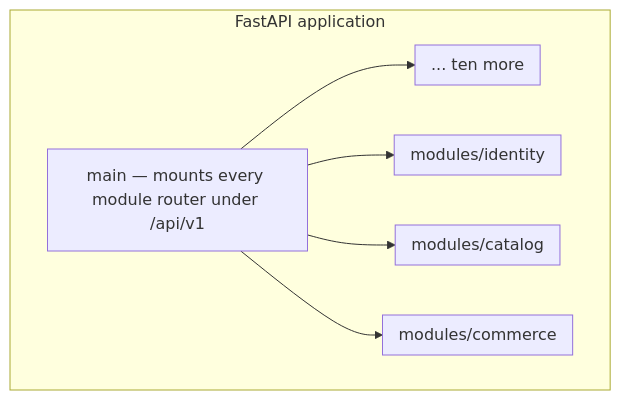
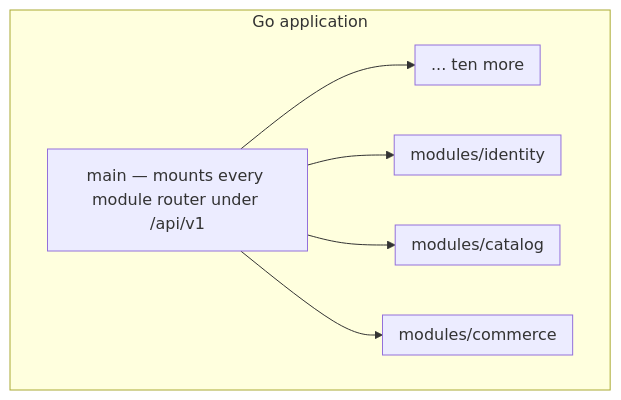
Before and after one commit to codewithduong05/B2B-Platform: the first of 2 diagrams in docs/04-backend-architecture.md, drawn with Mermaid. The commit also changed other lines of this file and 7 other files, not shown here.

Commit message:
feat: update documentation to reflect transition from FastAPI to Go/Chi for backend services

````diff
--- a/docs/04-backend-architecture.md
+++ b/docs/04-backend-architecture.md
@@ -16,19 +16,19 @@
 ```mermaid
 flowchart TD
-    subgraph App["FastAPI application"]
+    subgraph App["Go application"]
         MR["main — mounts every module router under /api/v1"]
         subgraph M1["modules/identity"]
         end
         subgraph M2["modules/catalog"]
         end
         subgraph M3["modules/commerce"]
         end
         subgraph M4["... ten more"]
         end
     end
 
     MR --> M1
     MR --> M2
     MR --> M3
     MR --> M4
 ```
````
